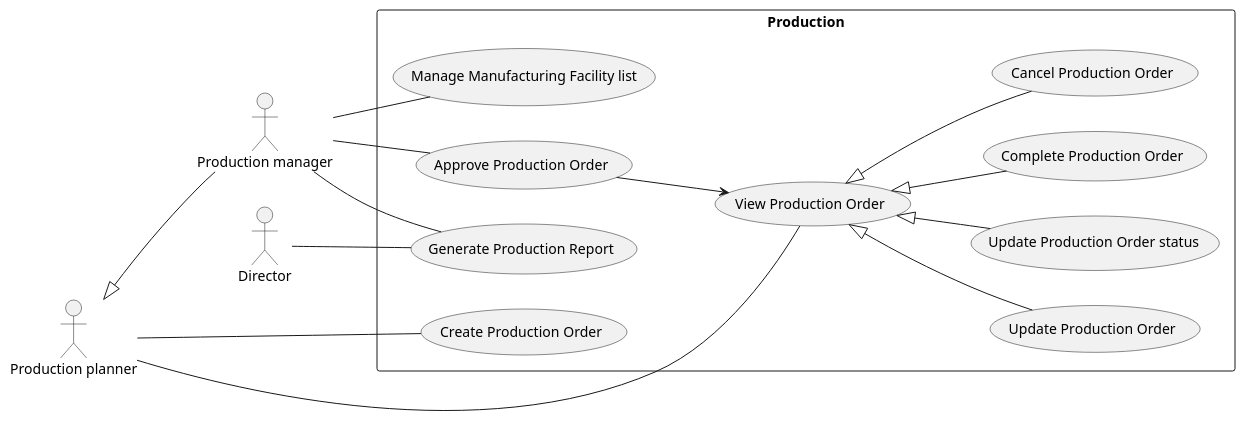
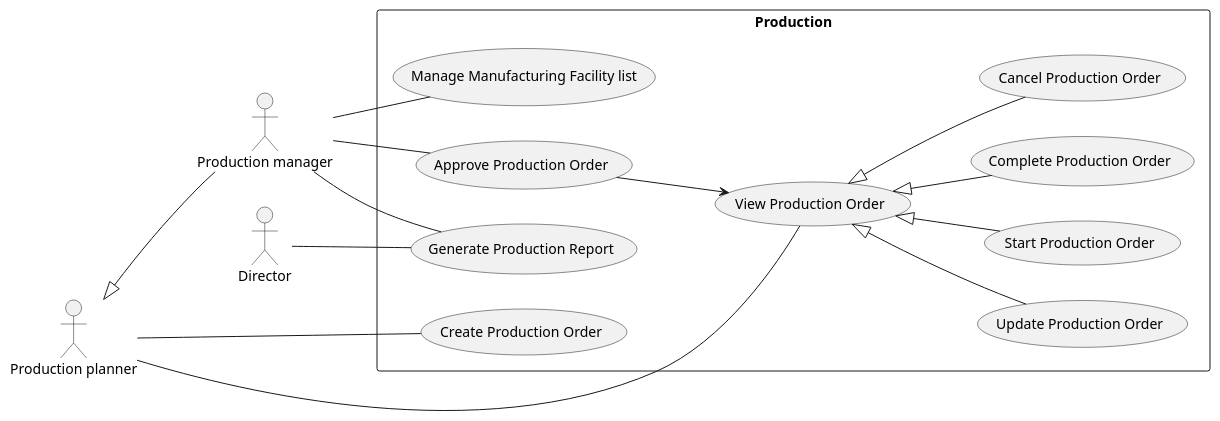
One commit to phihungha/scmss-reqs changed the diagram in use-cases/Production.plantuml. Above: the diagram before and after it, drawn with PlantUML. The commit also changed 5 other files, not shown here.

```diff
--- a/use-cases/Production.plantuml
+++ b/use-cases/Production.plantuml
@@ -1,25 +1,25 @@
 @startuml Production
 left to right direction
 
 :Production planner: as pp
 :Production manager: as pm
 pp <|-- pm
 
 :Director: as d
 
 rectangle Production {
   pp -- (View Production Order)
   pp -- (Create Production Order)
   (View Production Order) <|-- (Update Production Order)
-  (View Production Order) <|-- (Update Production Order status)
+  (View Production Order) <|-- (Start Production Order)
   (View Production Order) <|-- (Complete Production Order)
   (View Production Order) <|-- (Cancel Production Order)
 
   pm -- (Approve Production Order)
   (Approve Production Order) --> (View Production Order)
 
   pm -- (Manage Manufacturing Facility list)
   pm -- (Generate Production Report)
   d -- (Generate Production Report)
 }
 @enduml
```
